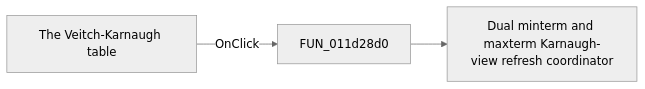
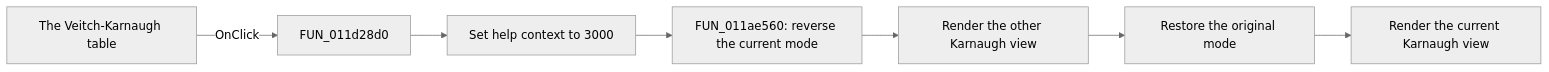
One commit to MovGP0/TIARA changed the diagram in docs/ui-controls/vk-form/vk-form-31414b6fea.md. Above: the diagram before and after it, drawn with Mermaid (neutral theme). The commit also changed other lines of this file and 1062 other files, not shown here.

````diff
--- a/docs/ui-controls/vk-form/vk-form-31414b6fea.md
+++ b/docs/ui-controls/vk-form/vk-form-31414b6fea.md
@@ -27,5 +29,9 @@
 ```mermaid
 flowchart LR
     control["The Veitch-Karnaugh table"] -->|OnClick| handler["FUN_011d28d0"]
-    handler --> call1["Dual minterm and maxterm Karnaugh-view refresh coordinator"]
+    handler --> helpContext["Set help context to 3000"]
+    helpContext --> refresh["FUN_011ae560: reverse the current mode"]
+    refresh --> otherView["Render the other Karnaugh view"]
+    otherView --> restoreMode["Restore the original mode"]
+    restoreMode --> currentView["Render the current Karnaugh view"]
 ```
````
